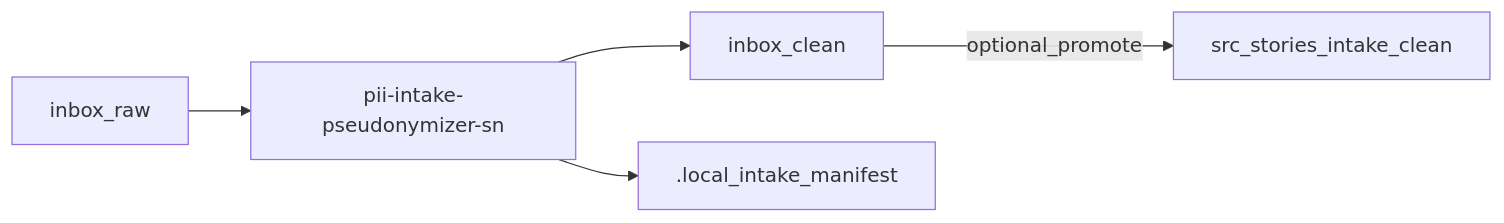
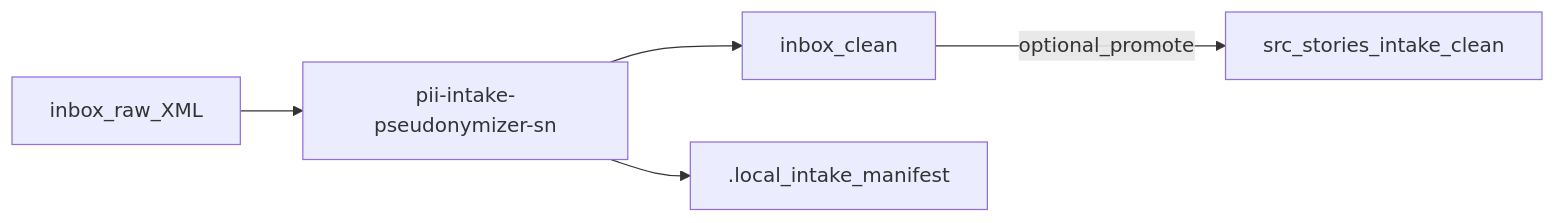
The diagram in README.md (alkitect/pii-intake-pseudonymizer-sn), drawn with Mermaid before and after one commit. The commit also changed other lines of this file and 8 other files, not shown here.

````diff
--- a/README.md
+++ b/README.md
@@ -154,7 +210,7 @@
 ```mermaid
 flowchart LR
-  raw[inbox_raw] --> cli[pii-intake-pseudonymizer-sn]
+  raw[inbox_raw_XML] --> cli[pii-intake-pseudonymizer-sn]
   cli --> clean[inbox_clean]
   clean -->|optional_promote| story[src_stories_intake_clean]
   cli --> manifest[.local_intake_manifest]
 ```
````
